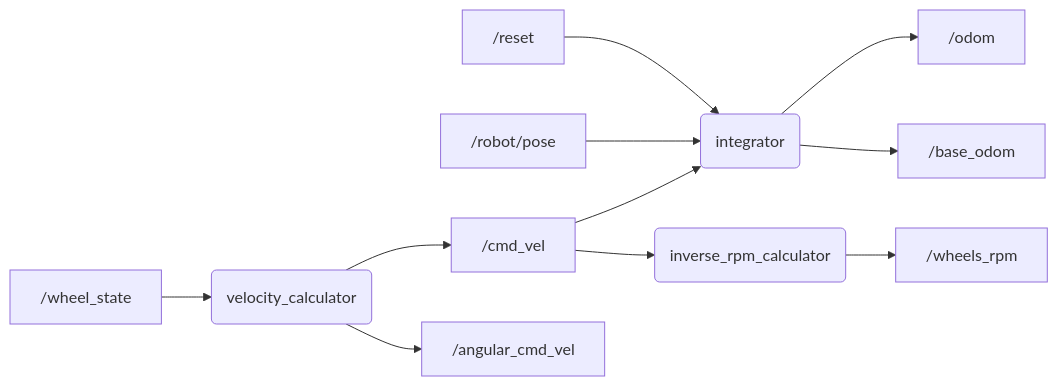
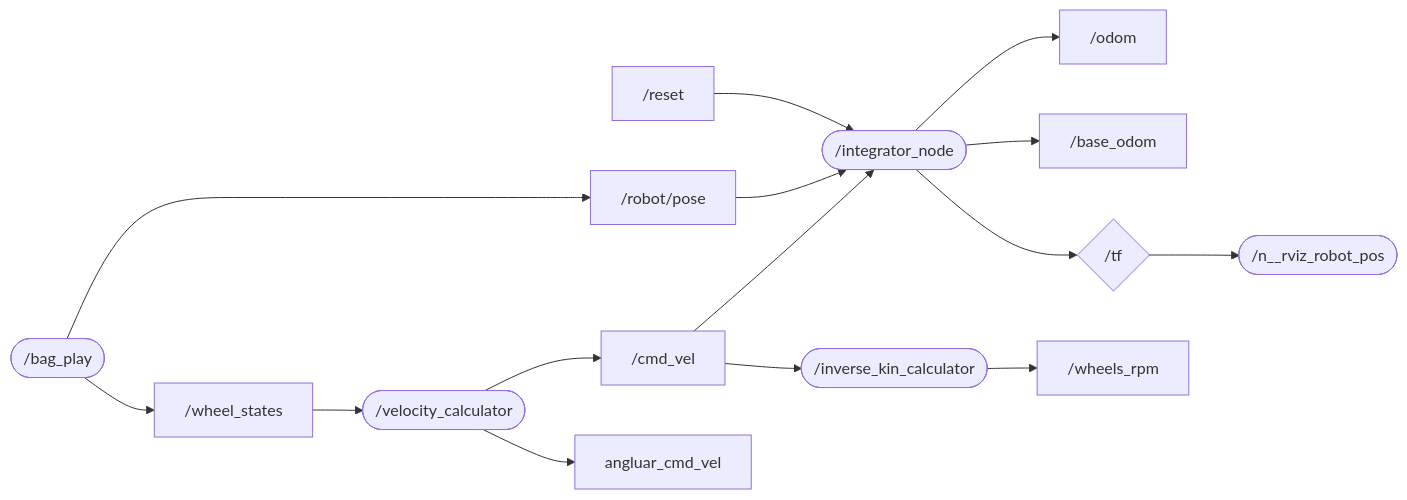
One commit to teo3300/robotics-2022 changed the second of 2 diagrams in README.md. Above: the diagram before and after it, drawn with Mermaid. The commit also changed other lines of this file and 9 other files, not shown here.

````diff
--- a/README.md
+++ b/README.md
@@ -91,13 +91,17 @@
 ```mermaid
-    graph LR
-    reset["/reset"] --> integrator
-    robot_pose["/robot/pose"] --> integrator
-    velocity(velocity_calculator) --> cmd_vel["/cmd_vel"]
-    wheel_state["/wheel_state"] --> velocity
-    velocity --> angular_cmd_vel["/angular_cmd_vel"]
-    integrator(integrator) --> odom["/odom"]
-    integrator --> base_odom["/base_odom"]
-    cmd_vel --> integrator
-    inverse_rpm(inverse_rpm_calculator) --> wheels_rpm["/wheels_rpm"]
-    cmd_vel --> inverse_rpm
+graph LR
+    rst["/reset"] --> in
+    bp(["/bag_play"]) --> rp["/robot/pose"]
+    rp --> in(["/integrator_node"])
+    bp --> ws["/wheel_states"]
+    ws --> vc(["/velocity_calculator"])
+    vc --> cv["/cmd_vel"]
+    vc --> acv["angluar_cmd_vel"]
+    cv --> in
+    cv --> ik(["/inverse_kin_calculator"])
+    in --> o["/odom"]
+    in --> bo["/base_odom"]
+    in --> tf{"/tf"}
+    ik --> wr["/wheels_rpm"]
+    tf --> r(["/n__rviz_robot_pos"])
 ```
````
